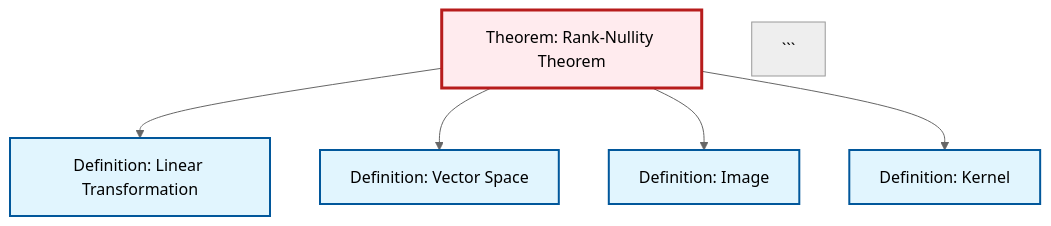
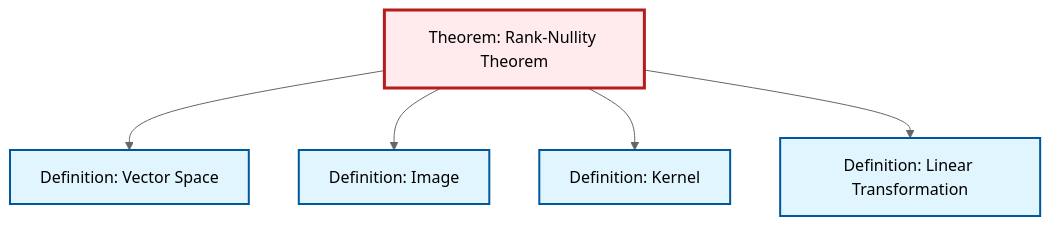
The diagram in output/mermaid/thm-rank-nullity.mermaid (RK0429/ModernMath), drawn with Mermaid (neutral theme) before and after one commit. The commit also changed 316 other files, not shown here.

````diff
--- a/output/mermaid/thm-rank-nullity.mermaid
+++ b/output/mermaid/thm-rank-nullity.mermaid
@@ -1,18 +1,17 @@
 %%| fig-cap: "Local dependency graph"
 graph TD
     classDef definition fill:#e1f5fe,stroke:#01579b,stroke-width:2px
     classDef theorem fill:#f3e5f5,stroke:#4a148c,stroke-width:2px
     classDef axiom fill:#fff3e0,stroke:#e65100,stroke-width:2px
     classDef example fill:#e8f5e9,stroke:#1b5e20,stroke-width:2px
     classDef current fill:#ffebee,stroke:#b71c1c,stroke-width:3px
+    def-linear-transformation["Definition: Linear Transformation"]:::definition
+    def-vector-space["Definition: Vector Space"]:::definition
     thm-rank-nullity["Theorem: Rank-Nullity Theorem"]:::theorem
-    def-vector-space["Definition: Vector Space"]:::definition
     def-image["Definition: Image"]:::definition
-    def-linear-transformation["Definition: Linear Transformation"]:::definition
     def-kernel["Definition: Kernel"]:::definition
-    thm-rank-nullity --> def-linear-transformation
     thm-rank-nullity --> def-vector-space
     thm-rank-nullity --> def-image
     thm-rank-nullity --> def-kernel
+    thm-rank-nullity --> def-linear-transformation
     class thm-rank-nullity current
-```
````
